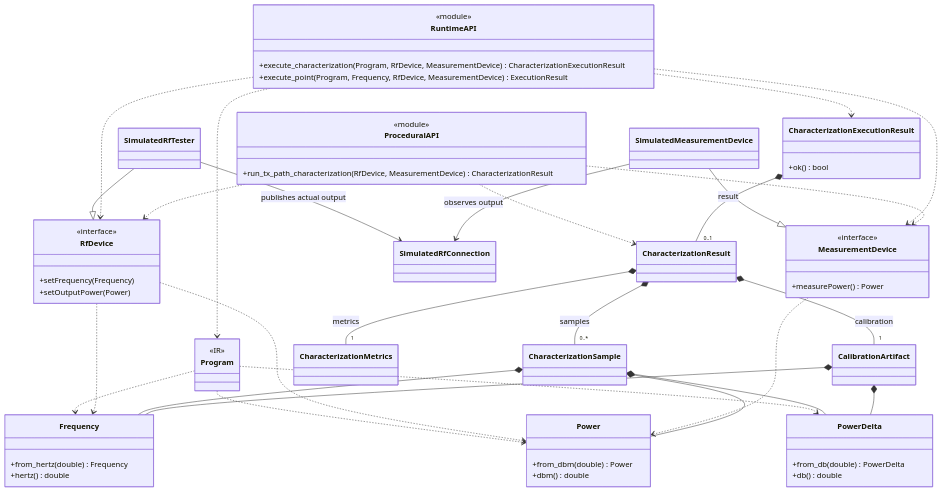
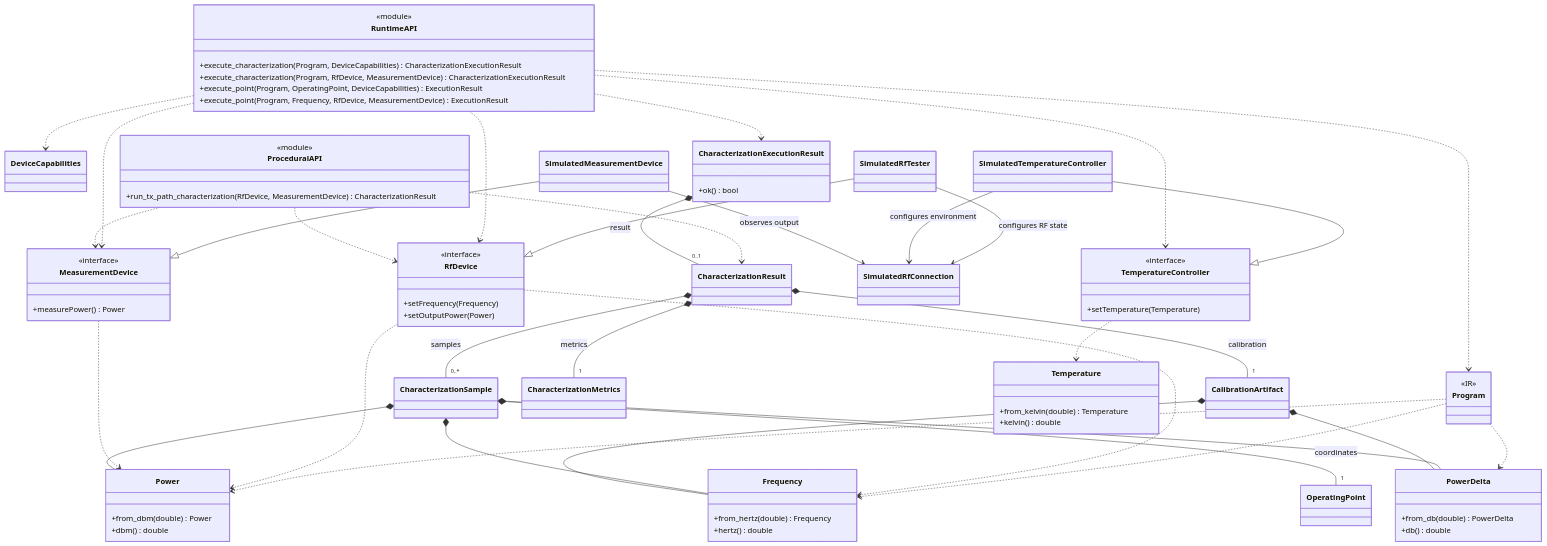
One commit to sergiorf/HorusRF changed the third of 4 diagrams in docs/architecture.md. Above: the diagram before and after it, drawn with Mermaid. The commit also changed other lines of this file and 24 other files, not shown here.

Commit message:
Implemented M2: multidimensional runtime execution is complete.

```diff
--- a/docs/architecture.md
+++ b/docs/architecture.md
@@ -121,9 +123,13 @@
 
     class RuntimeAPI {
         <<module>>
+        +execute_characterization(Program, DeviceCapabilities) CharacterizationExecutionResult
         +execute_characterization(Program, RfDevice, MeasurementDevice) CharacterizationExecutionResult
+        +execute_point(Program, OperatingPoint, DeviceCapabilities) ExecutionResult
         +execute_point(Program, Frequency, RfDevice, MeasurementDevice) ExecutionResult
     }
+
+    class DeviceCapabilities
 
     class ProceduralAPI {
         <<module>>
@@ -141,8 +147,14 @@
         +measurePower() Power
     }
 
+    class TemperatureController {
+        <<interface>>
+        +setTemperature(Temperature)
+    }
+
     class SimulatedRfTester
     class SimulatedMeasurementDevice
+    class SimulatedTemperatureController
     class SimulatedRfConnection
 
     class CharacterizationExecutionResult {
@@ -153,10 +165,16 @@
     class CharacterizationSample
     class CalibrationArtifact
     class CharacterizationMetrics
+    class OperatingPoint
 
     class Frequency {
         +from_hertz(double) Frequency
         +hertz() double
+    }
+
+    class Temperature {
+        +from_kelvin(double) Temperature
+        +kelvin() double
     }
 
     class Power {
@@ -171,11 +189,15 @@
 
     SimulatedRfTester --|> RfDevice
     SimulatedMeasurementDevice --|> MeasurementDevice
-    SimulatedRfTester --> SimulatedRfConnection : publishes actual output
+    SimulatedTemperatureController --|> TemperatureController
+    SimulatedRfTester --> SimulatedRfConnection : configures RF state
+    SimulatedTemperatureController --> SimulatedRfConnection : configures environment
     SimulatedMeasurementDevice --> SimulatedRfConnection : observes output
     RuntimeAPI ..> Program
+    RuntimeAPI ..> DeviceCapabilities
     RuntimeAPI ..> RfDevice
     RuntimeAPI ..> MeasurementDevice
+    RuntimeAPI ..> TemperatureController
     RuntimeAPI ..> CharacterizationExecutionResult
     ProceduralAPI ..> RfDevice
     ProceduralAPI ..> MeasurementDevice
@@ -185,6 +207,7 @@
     CharacterizationResult *-- "0..*" CharacterizationSample : samples
     CharacterizationResult *-- "1" CalibrationArtifact : calibration
     CharacterizationResult *-- "1" CharacterizationMetrics : metrics
+    CharacterizationSample *-- "1" OperatingPoint : coordinates
 
     Program ..> Frequency
     Program ..> Power
@@ -192,6 +215,7 @@
     RfDevice ..> Frequency
     RfDevice ..> Power
     MeasurementDevice ..> Power
+    TemperatureController ..> Temperature
     CharacterizationSample *-- Frequency
     CharacterizationSample *-- Power
     CharacterizationSample *-- PowerDelta
```
